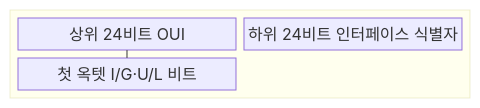
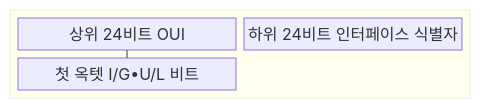
Before and after one commit to agnusdei1207/knowledge-base: the first of 2 diagrams in src/content/docs/notes/04-network/006_mac_address.md, drawn with Mermaid. The commit also changed other lines of this file and 953 other files, not shown here.

````diff
--- a/src/content/docs/notes/04-network/006_mac_address.md
+++ b/src/content/docs/notes/04-network/006_mac_address.md
@@ -65,11 +65,11 @@
 ```mermaid
 block
     columns 1
     block:MAC_ADDRESS
         columns 2
         O["상위 24비트 OUI"]
         I["하위 24비트 인터페이스 식별자"]
-        F["첫 옥텟 I/G·U/L 비트"]
+        F["첫 옥텟 I/G•U/L 비트"]
     end
     O --- F
 ```
````
